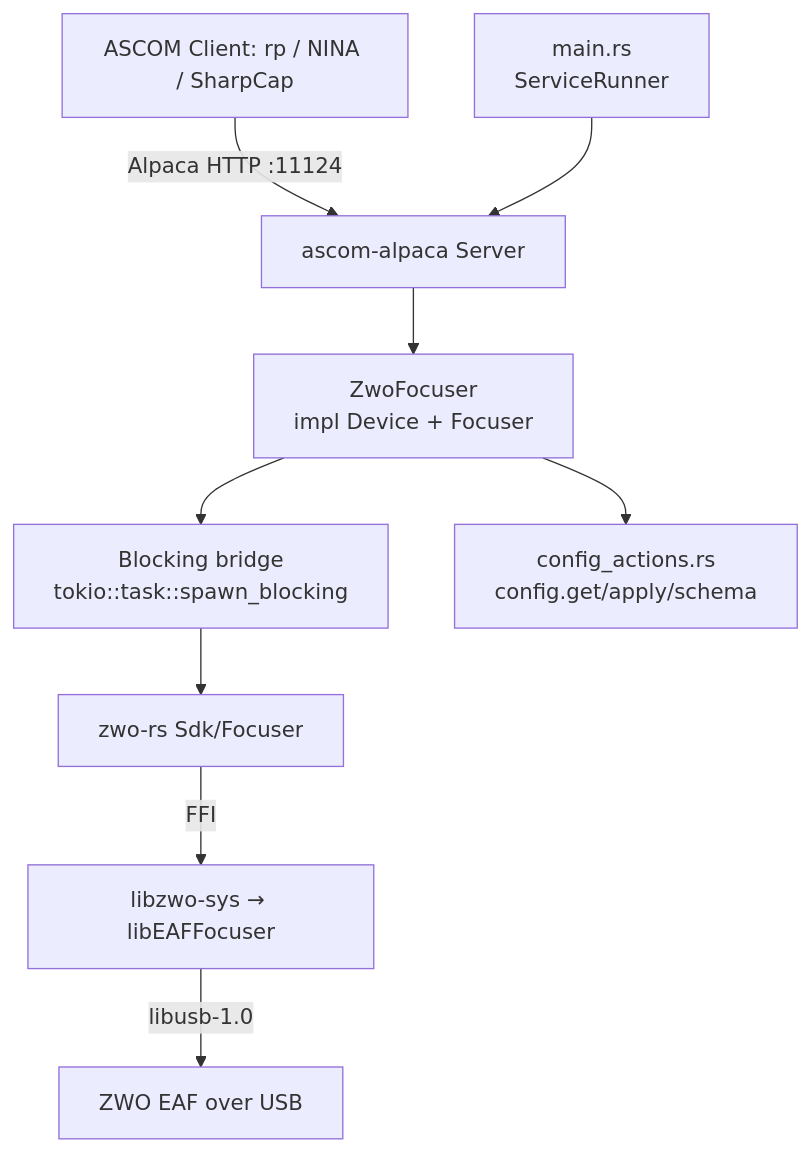
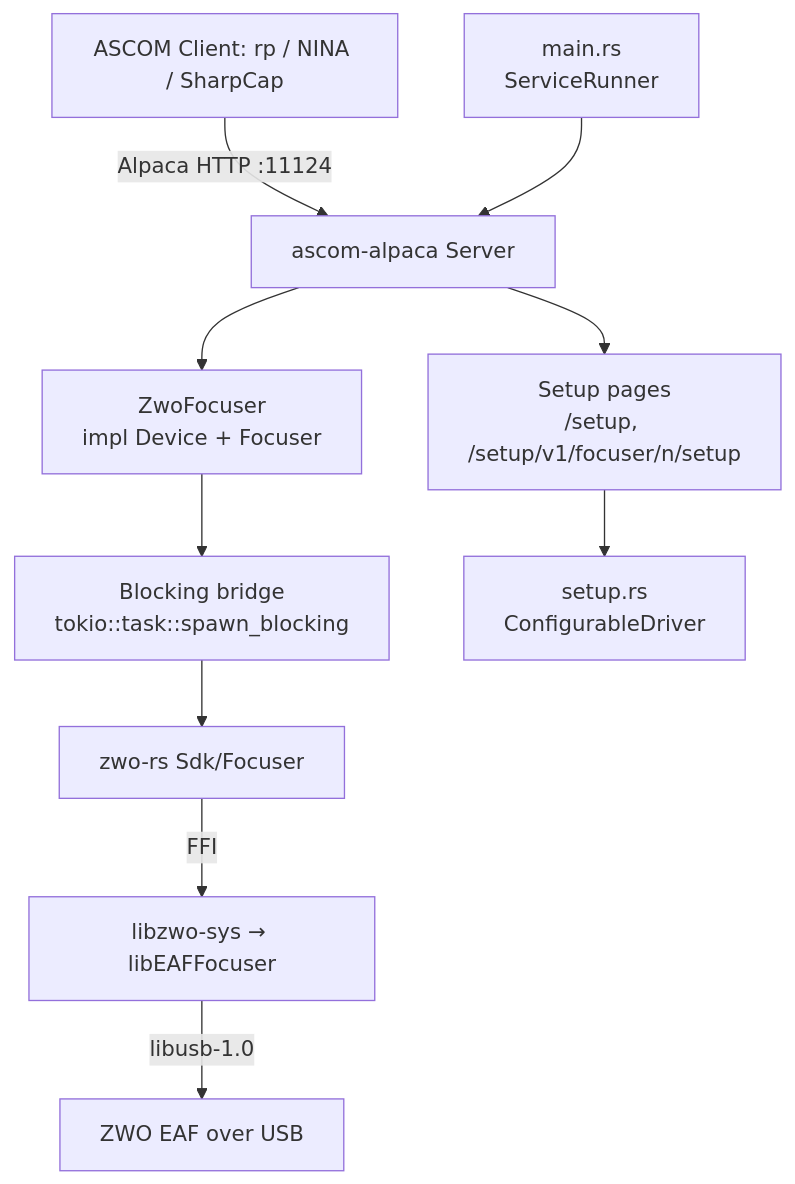
Before and after one commit to rusty-photon/rusty-photon: the diagram in docs/services/zwo-focuser.md, drawn with Mermaid. The commit also changed other lines of this file and 24 other files, not shown here.

First line of the commit message:
feat: zwo-focuser configures itself on its setup pages, a page per EAF editing its override (setup-pages P3) (#1616)

````diff
--- a/docs/services/zwo-focuser.md
+++ b/docs/services/zwo-focuser.md
@@ -90,11 +90,12 @@
 ```mermaid
 graph TD;
     A[ASCOM Client: rp / NINA / SharpCap] -->|Alpaca HTTP :11124| B[ascom-alpaca Server];
     B --> C[ZwoFocuser<br/>impl Device + Focuser];
     C --> BB[Blocking bridge<br/>tokio::task::spawn_blocking];
     BB --> RS[zwo-rs Sdk/Focuser];
     RS -->|FFI| SDK[libzwo-sys → libEAFFocuser];
     SDK -->|libusb-1.0| HW[ZWO EAF over USB];
-    C --> CA[config_actions.rs<br/>config.get/apply/schema];
+    B --> SP[Setup pages<br/>/setup, /setup/v1/focuser/n/setup];
+    SP --> ST[setup.rs<br/>ConfigurableDriver];
     M[main.rs<br/>ServiceRunner] --> B;
 ```
````
